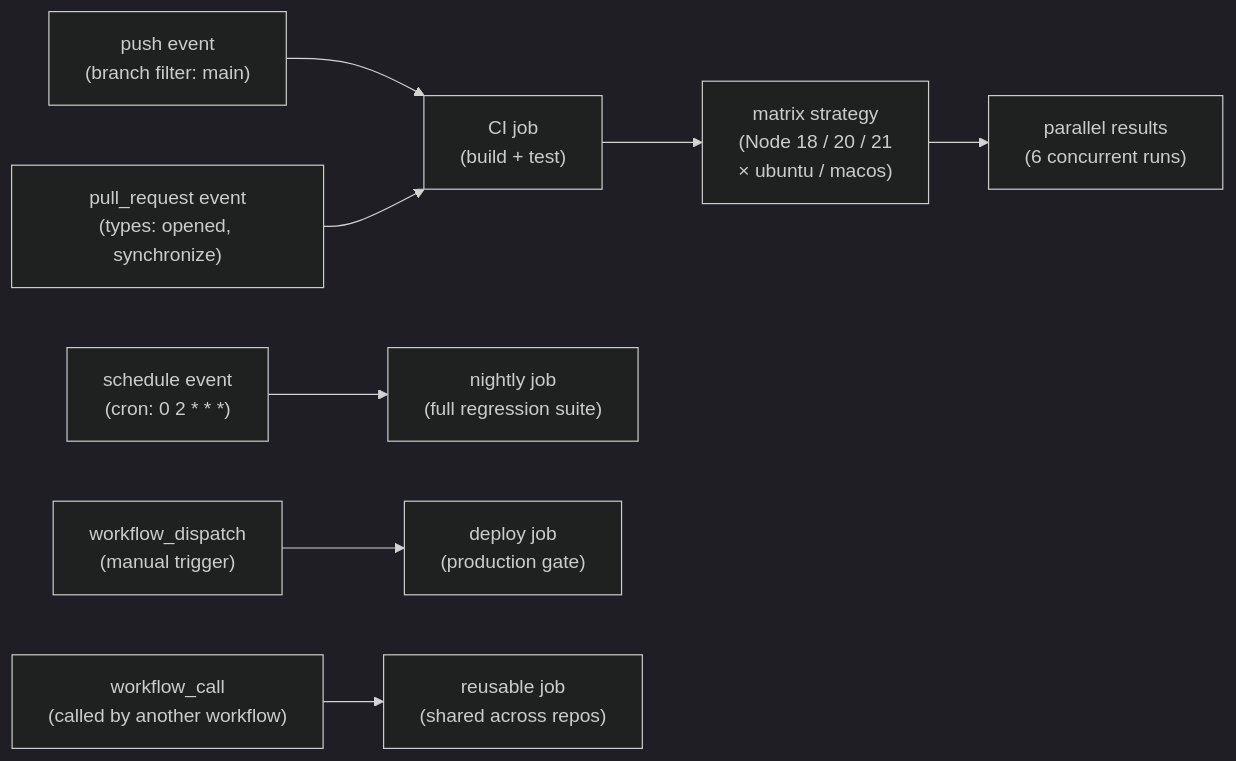
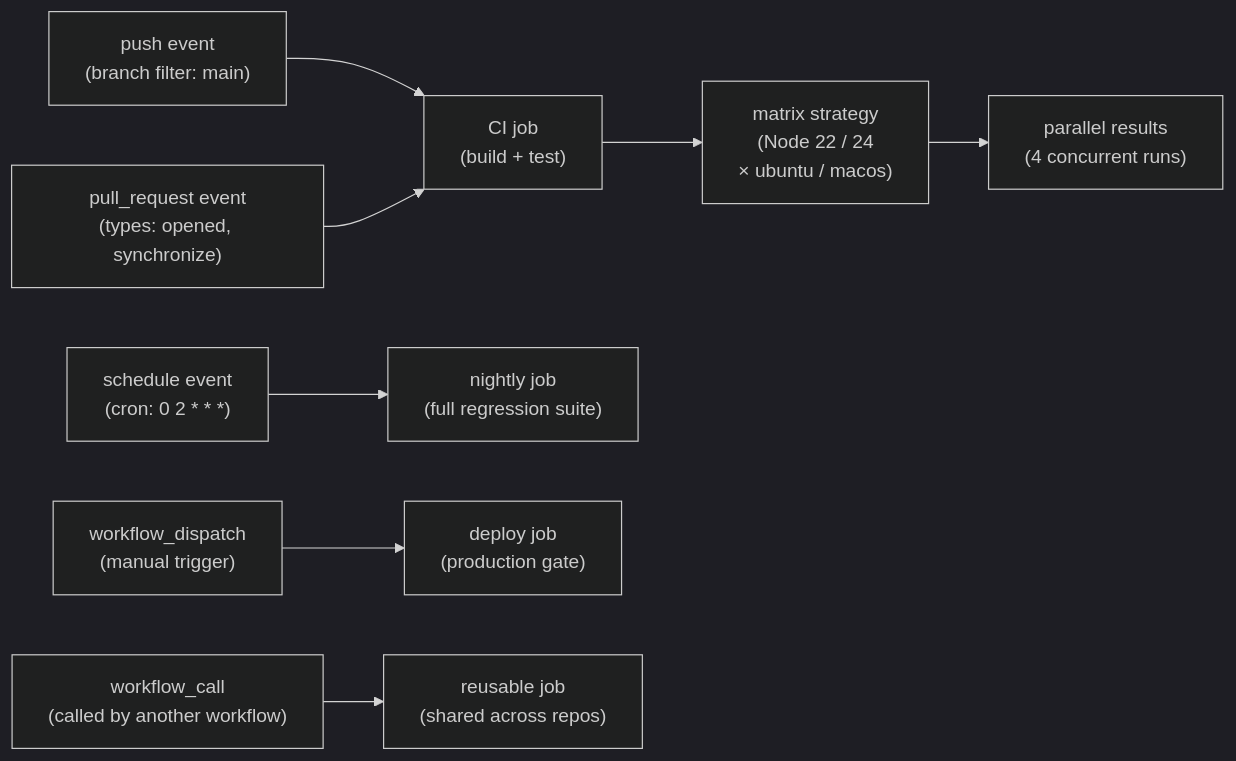
Before and after one commit to UncleJS/course_devops_career: the fourth of 5 diagrams in module-10-cicd-pipelines.md, drawn with Mermaid (dark theme). The commit also changed other lines of this file and 16 other files, not shown here.

````diff
--- a/module-10-cicd-pipelines.md
+++ b/module-10-cicd-pipelines.md
@@ -468,17 +451,17 @@
 ```mermaid
 flowchart LR
     PUSH["push event<br/>(branch filter: main)"]
     PR["pull_request event<br/>(types: opened, synchronize)"]
     SCHED["schedule event<br/>(cron: 0 2 * * *)"]
     DISPATCH["workflow_dispatch<br/>(manual trigger)"]
     WCALL["workflow_call<br/>(called by another workflow)"]
 
     PUSH --> JOB_CI["CI job<br/>(build + test)"]
     PR --> JOB_CI
     SCHED --> JOB_NIGHTLY["nightly job<br/>(full regression suite)"]
     DISPATCH --> JOB_DEPLOY["deploy job<br/>(production gate)"]
     WCALL --> JOB_REUSABLE["reusable job<br/>(shared across repos)"]
 
-    JOB_CI --> MATRIX["matrix strategy<br/>(Node 18 / 20 / 21<br/>× ubuntu / macos)"]
-    MATRIX --> RESULTS["parallel results<br/>(6 concurrent runs)"]
+    JOB_CI --> MATRIX["matrix strategy<br/>(Node 22 / 24<br/>× ubuntu / macos)"]
+    MATRIX --> RESULTS["parallel results<br/>(4 concurrent runs)"]
 ```
````
